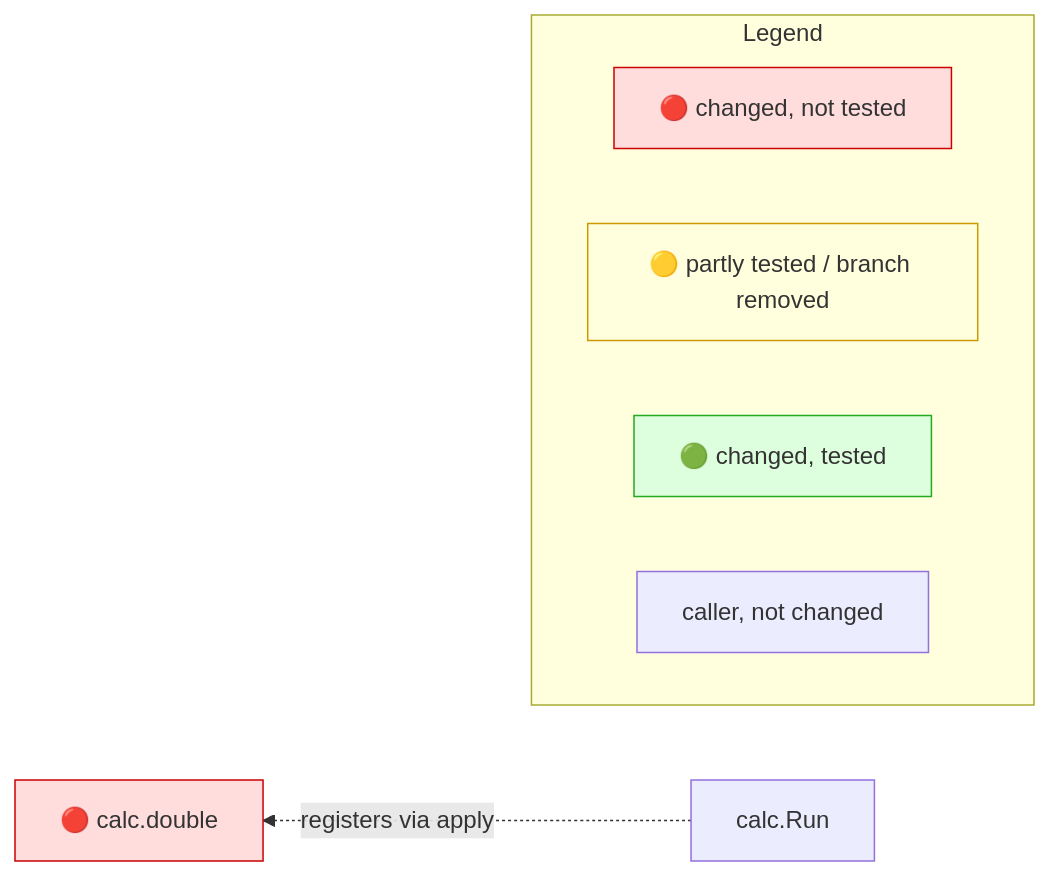
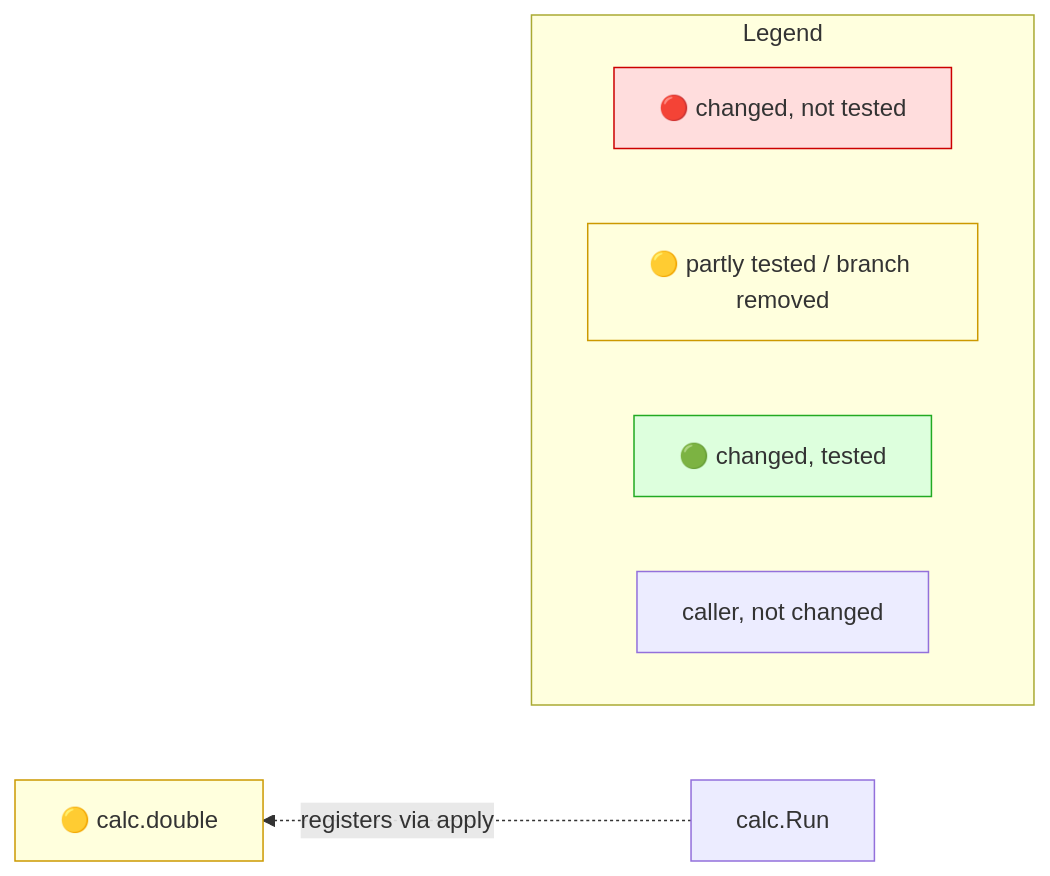
One commit to Kevinbarrero/mr-impact changed the diagram in testdata/e2e/callback_value/expected.golden.md. Above: the diagram before and after it, drawn with Mermaid. The commit also changed other lines of this file and 32 other files, not shown here.

````diff
--- a/testdata/e2e/callback_value/expected.golden.md
+++ b/testdata/e2e/callback_value/expected.golden.md
@@ -11,16 +11,16 @@
 ```mermaid
 flowchart RL
-  n0["🔴 calc.double"]:::red
+  n0["🟡 calc.double"]:::yellow
   n1["calc.Run"]
   n1 -. "registers via apply" .-> n0
   subgraph legend ["Legend"]
     direction LR
     lr["🔴 changed, not tested"]:::red
     ly["🟡 partly tested / branch removed"]:::yellow
     lg["🟢 changed, tested"]:::green
     lc["caller, not changed"]
   end
   classDef red fill:#fdd,stroke:#c00
   classDef yellow fill:#ffd,stroke:#c90
   classDef green fill:#dfd,stroke:#2a2
 ```
````
